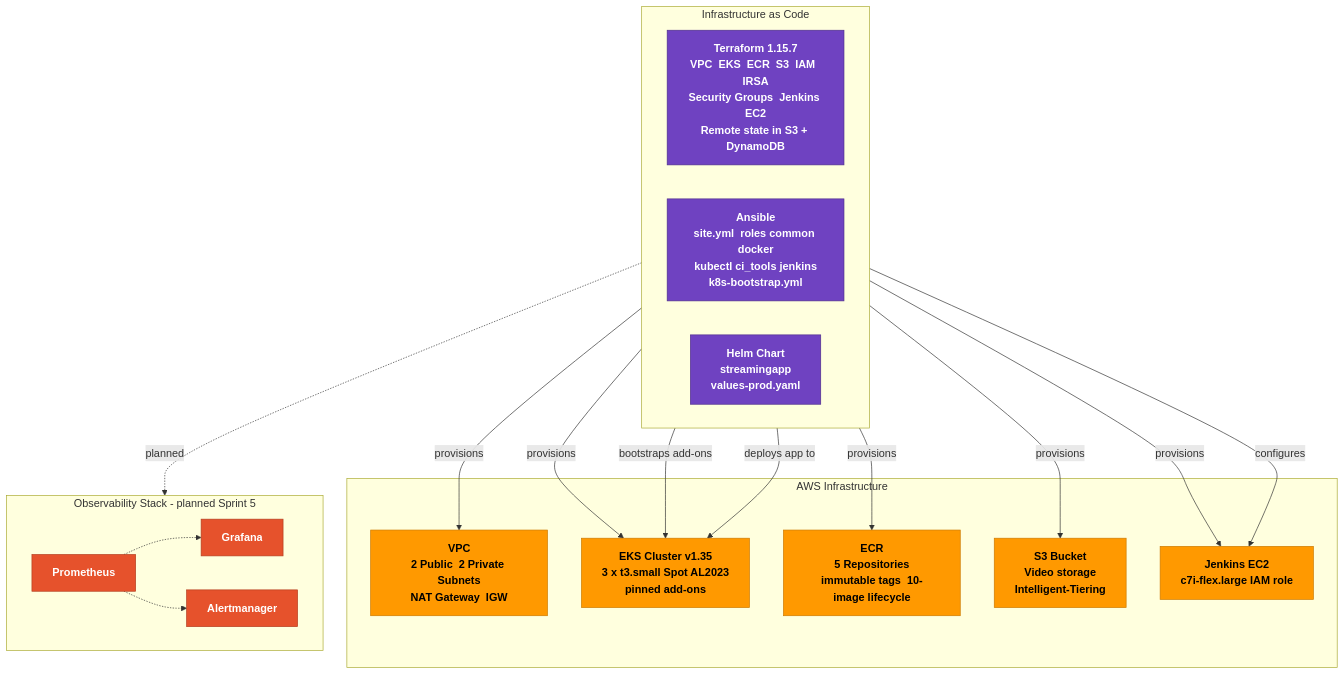
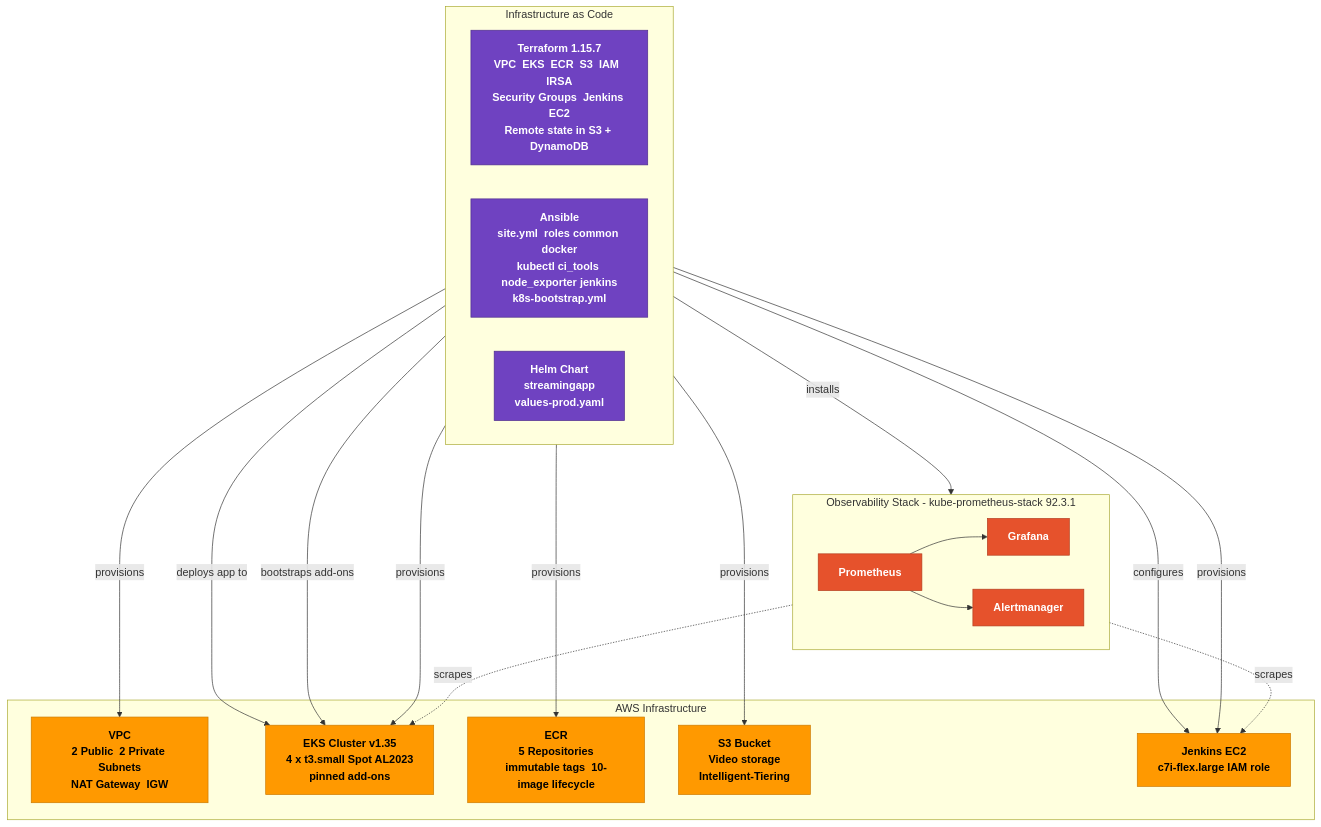
One commit to ApoorvaD90/StreamingApp changed the fourth of 4 diagrams in README.md. Above: the diagram before and after it, drawn with Mermaid. The commit also changed other lines of this file and 53 other files, not shown here.

````diff
--- a/README.md
+++ b/README.md
@@ -260,45 +269,47 @@
 ```mermaid
 graph TB
     subgraph IaC[Infrastructure as Code]
         direction LR
         TF[Terraform 1.15.7\nVPC  EKS  ECR  S3  IAM  IRSA\nSecurity Groups  Jenkins EC2\nRemote state in S3 + DynamoDB]
-        ANS[Ansible\nsite.yml  roles common docker\nkubectl ci_tools jenkins\nk8s-bootstrap.yml]
+        ANS[Ansible\nsite.yml  roles common docker\nkubectl ci_tools node_exporter jenkins\nk8s-bootstrap.yml]
         HELM[Helm Chart\nstreamingapp\nvalues-prod.yaml]
     end
 
     subgraph INFRA[AWS Infrastructure]
         VPC[VPC\n2 Public  2 Private Subnets\nNAT Gateway  IGW]
-        EKS[EKS Cluster v1.35\n3 x t3.small Spot  AL2023\npinned add-ons]
+        EKS[EKS Cluster v1.35\n4 x t3.small Spot  AL2023\npinned add-ons]
         ECR_I[ECR\n5 Repositories\nimmutable tags  10-image lifecycle]
         S3_I[S3 Bucket\nVideo storage\nIntelligent-Tiering]
         JENKINS_I[Jenkins EC2\nc7i-flex.large  IAM role]
     end
 
-    subgraph OBS[Observability Stack  -  planned Sprint 5]
+    subgraph OBS[Observability Stack  -  kube-prometheus-stack 92.3.1]
         direction LR
         PROM_I[Prometheus]
         GRAF_I[Grafana]
         ALERT_I[Alertmanager]
     end
 
     TF -->|provisions| VPC
     TF -->|provisions| EKS
     TF -->|provisions| ECR_I
     TF -->|provisions| S3_I
     TF -->|provisions| JENKINS_I
     ANS -->|configures| JENKINS_I
     ANS -->|bootstraps add-ons| EKS
     HELM -->|deploys app to| EKS
-    HELM -.->|planned| OBS
+    ANS -->|installs| OBS
+    PROM_I -.->|scrapes| EKS
+    PROM_I -.->|scrapes| JENKINS_I
 
-    PROM_I -.-> GRAF_I
-    PROM_I -.-> ALERT_I
+    PROM_I --> GRAF_I
+    PROM_I --> ALERT_I
 
     classDef iac fill:#6f42c1,stroke:#4e2d8c,color:#fff,font-weight:bold
     classDef infra fill:#FF9900,stroke:#cc7a00,color:#000,font-weight:bold
     classDef obs fill:#E6522C,stroke:#b33d1e,color:#fff,font-weight:bold
 
     class TF,ANS,HELM iac
     class VPC,EKS,ECR_I,S3_I,JENKINS_I infra
     class PROM_I,GRAF_I,ALERT_I obs
 ```
````
